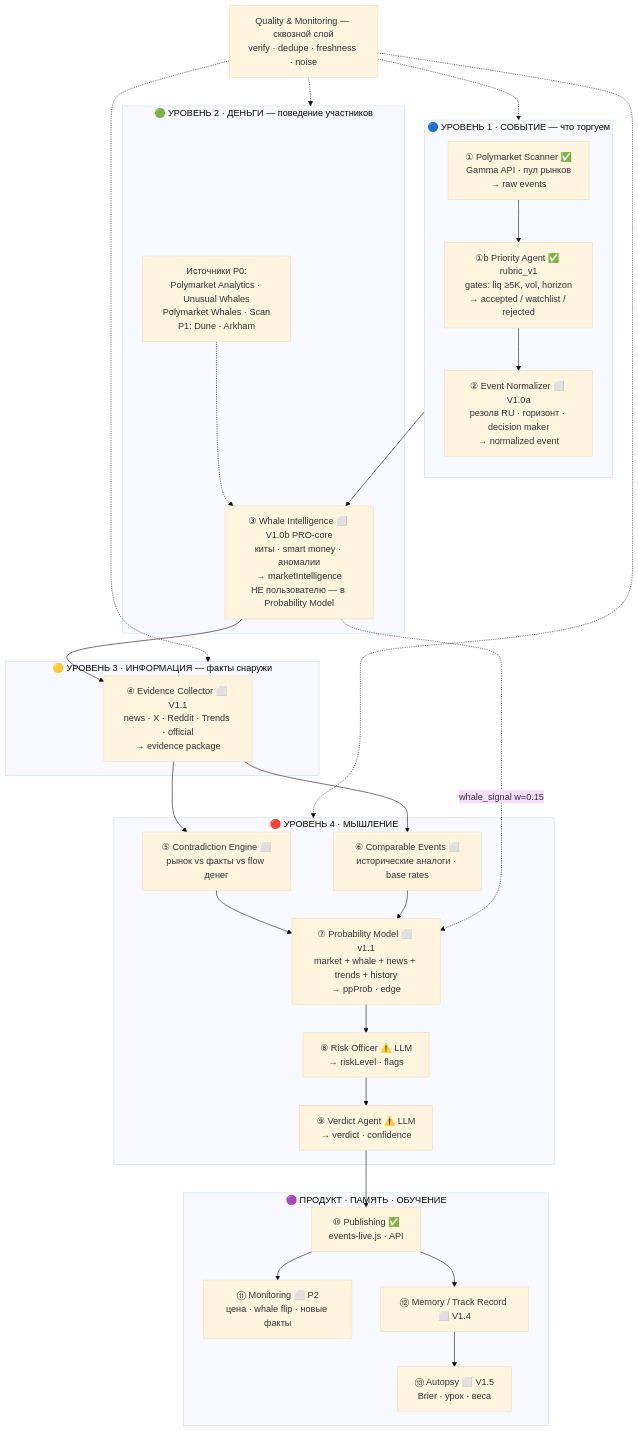
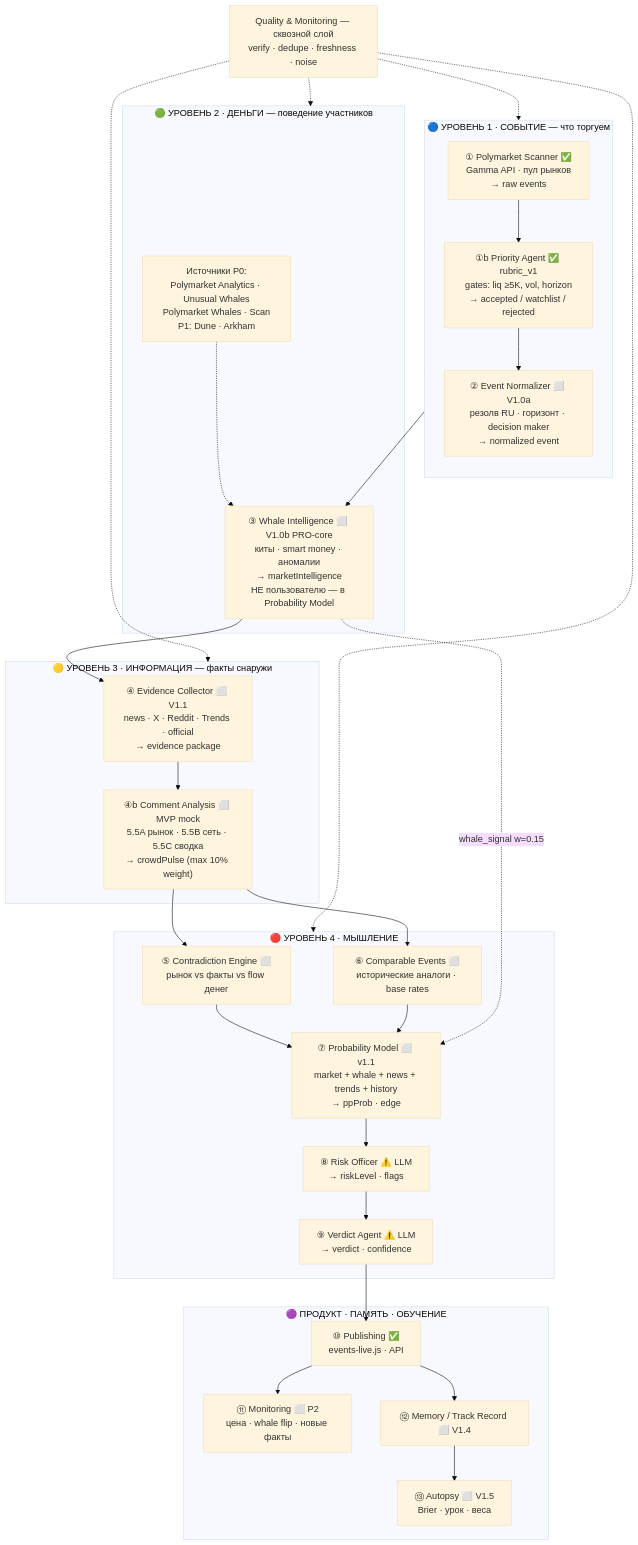
One commit to AndreySavinWB/polypilot-platform changed the first of 4 diagrams in PolyPilot-Штаб/07_Архитектура/СХЕМА_МЯСОРУБКИ.md. Above: the diagram before and after it, drawn with Mermaid (base theme). The commit also changed other lines of this file and 13 other files, not shown here.

Commit message:
Add Crowd Pulse comment analysis with split market/social views and open-card UI.

````diff
--- a/PolyPilot-Штаб/07_Архитектура/СХЕМА_МЯСОРУБКИ.md
+++ b/PolyPilot-Штаб/07_Архитектура/СХЕМА_МЯСОРУБКИ.md
@@ -30,46 +30,47 @@
 ```mermaid
 flowchart TB
   subgraph L1["🔵 УРОВЕНЬ 1 · СОБЫТИЕ — что торгуем"]
     direction TB
     S["① Polymarket Scanner ✅<br/>Gamma API · пул рынков<br/>→ raw events"]
     P["①b Priority Agent ✅ rubric_v1<br/>gates: liq ≥5K, vol, horizon<br/>→ accepted / watchlist / rejected"]
     N["② Event Normalizer ⬜ V1.0a<br/>резолв RU · горизонт · decision maker<br/>→ normalized event"]
     S --> P --> N
   end
 
   subgraph L2["🟢 УРОВЕНЬ 2 · ДЕНЬГИ — поведение участников"]
     W["③ Whale Intelligence ⬜ V1.0b PRO-core<br/>киты · smart money · аномалии<br/>→ marketIntelligence<br/>НЕ пользователю — в Probability Model"]
     MI["Источники P0:<br/>Polymarket Analytics · Unusual Whales<br/>Polymarket Whales · Scan<br/>P1: Dune · Arkham"]
     MI -.-> W
     N --> W
   end
 
   subgraph L3["🟡 УРОВЕНЬ 3 · ИНФОРМАЦИЯ — факты снаружи"]
     E["④ Evidence Collector ⬜ V1.1<br/>news · X · Reddit · Trends · official<br/>→ evidence package"]
-    W --> E
+    CP["④b Comment Analysis ⬜ MVP mock<br/>5.5A рынок · 5.5B сеть · 5.5C сводка<br/>→ crowdPulse (max 10% weight)"]
+    W --> E --> CP
   end
 
   subgraph L4["🔴 УРОВЕНЬ 4 · МЫШЛЕНИЕ"]
     C["⑤ Contradiction Engine ⬜<br/>рынок vs факты vs flow денег"]
     K["⑥ Comparable Events ⬜<br/>исторические аналоги · base rates"]
     Prob["⑦ Probability Model ⬜ v1.1<br/>market + whale + news + trends + history<br/>→ ppProb · edge"]
     R["⑧ Risk Officer ⚠️ LLM<br/>→ riskLevel · flags"]
     V["⑨ Verdict Agent ⚠️ LLM<br/>→ verdict · confidence"]
-    E --> C --> Prob
-    E --> K --> Prob
+    CP --> C --> Prob
+    CP --> K --> Prob
     W -. "whale_signal w=0.15" .-> Prob
     Prob --> R --> V
   end
 
   subgraph OUT["🟣 ПРОДУКТ · ПАМЯТЬ · ОБУЧЕНИЕ"]
     Pub["⑩ Publishing ✅<br/>events-live.js · API"]
     Mon["⑪ Monitoring ⬜ P2<br/>цена · whale flip · новые факты"]
     Mem["⑫ Memory / Track Record ⬜ V1.4"]
     Aut["⑬ Autopsy ⬜ V1.5<br/>Brier · урок · веса"]
     V --> Pub --> Mon
     Pub --> Mem --> Aut
   end
 
   Q["Quality & Monitoring — сквозной слой<br/>verify · dedupe · freshness · noise"]
   Q -.-> L1 & L2 & L3 & L4
 ```
````
